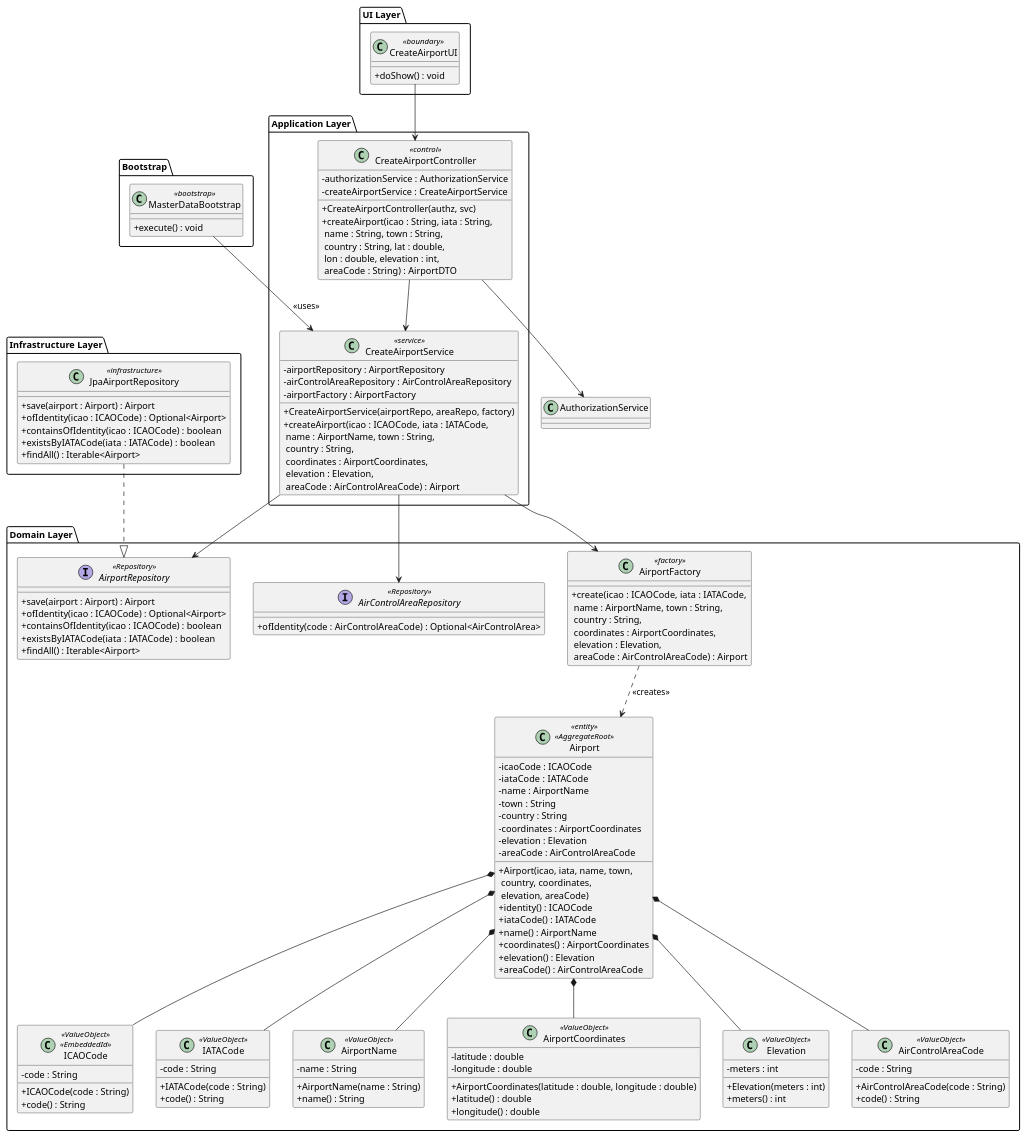
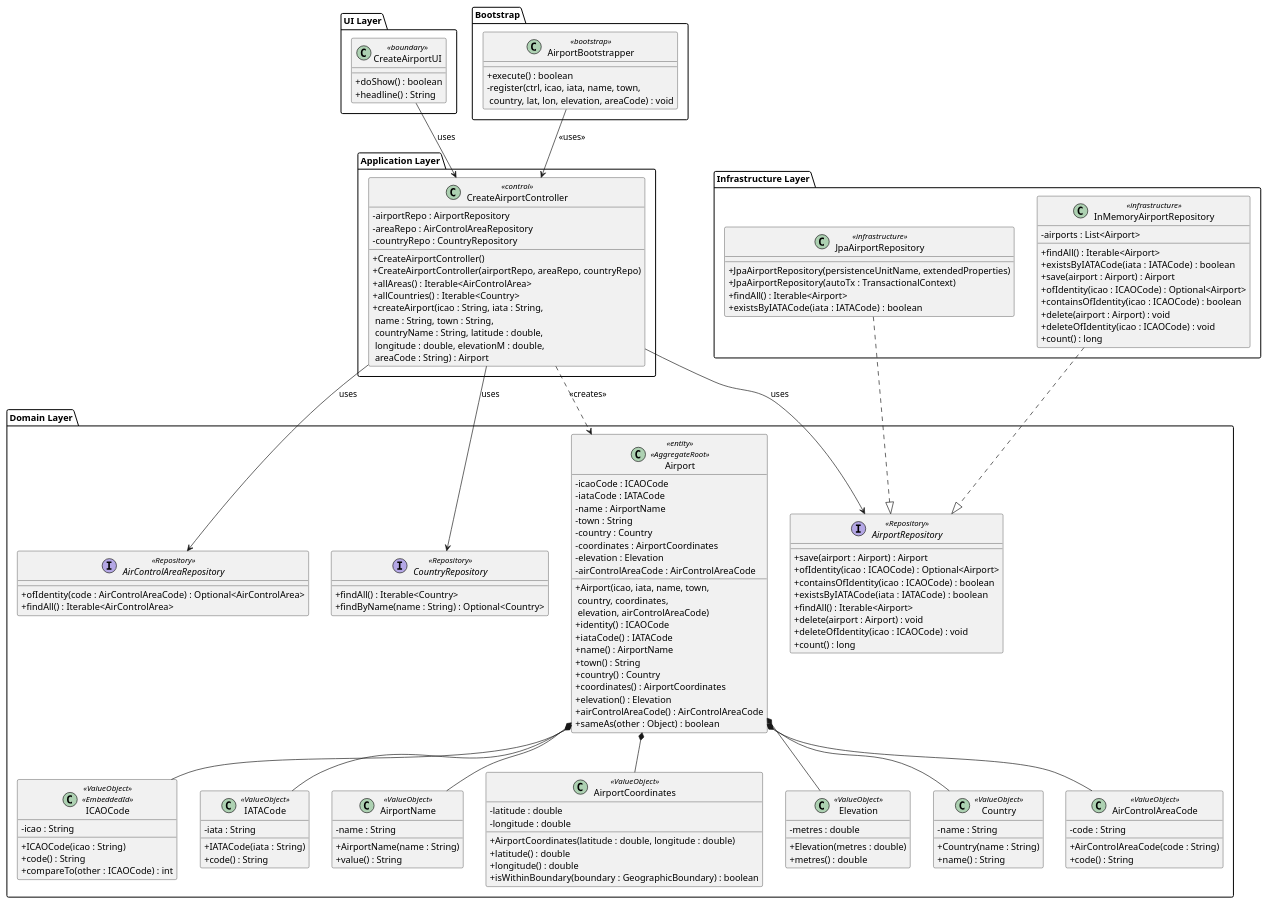
One commit to DuartePinto1240/sem4pi2526-sem4pi2526_2da2 changed the diagram in docs/Sprint 2/EAPLI/US052/puml/US052-class-diagram.puml. Above: the diagram before and after it, drawn with PlantUML. The commit also changed 27 other files, not shown here.

```diff
--- a/docs/Sprint 2/EAPLI/US052/puml/US052-class-diagram.puml
+++ b/docs/Sprint 2/EAPLI/US052/puml/US052-class-diagram.puml
@@ -1,138 +1,162 @@
 @startuml US052-class-diagram
 skinparam classAttributeIconSize 0
 
 package "UI Layer" {
   class CreateAirportUI <<boundary>> {
-    + doShow() : void
+    + doShow() : boolean
+    + headline() : String
   }
 }
 
 package "Application Layer" {
   class CreateAirportController <<control>> {
-    - authorizationService : AuthorizationService
-    - createAirportService : CreateAirportService
-    + CreateAirportController(authz, svc)
-    + createAirport(icao : String, iata : String,\n name : String, town : String,\n country : String, lat : double,\n lon : double, elevation : int,\n areaCode : String) : AirportDTO
-  }
-
-  class CreateAirportService <<service>> {
-    - airportRepository : AirportRepository
-    - airControlAreaRepository : AirControlAreaRepository
-    - airportFactory : AirportFactory
-    + CreateAirportService(airportRepo, areaRepo, factory)
-    + createAirport(icao : ICAOCode, iata : IATACode,\n name : AirportName, town : String,\n country : String,\n coordinates : AirportCoordinates,\n elevation : Elevation,\n areaCode : AirControlAreaCode) : Airport
+    - airportRepo : AirportRepository
+    - areaRepo : AirControlAreaRepository
+    - countryRepo : CountryRepository
+    + CreateAirportController()
+    + CreateAirportController(airportRepo, areaRepo, countryRepo)
+    + allAreas() : Iterable<AirControlArea>
+    + allCountries() : Iterable<Country>
+    + createAirport(icao : String, iata : String,\n name : String, town : String,\n countryName : String, latitude : double,\n longitude : double, elevationM : double,\n areaCode : String) : Airport
   }
 }
 
 package "Domain Layer" {
   class Airport <<entity>> <<AggregateRoot>> {
     - icaoCode : ICAOCode
     - iataCode : IATACode
     - name : AirportName
     - town : String
-    - country : String
+    - country : Country
     - coordinates : AirportCoordinates
     - elevation : Elevation
-    - areaCode : AirControlAreaCode
-    + Airport(icao, iata, name, town,\n country, coordinates,\n elevation, areaCode)
+    - airControlAreaCode : AirControlAreaCode
+    + Airport(icao, iata, name, town,\n country, coordinates,\n elevation, airControlAreaCode)
     + identity() : ICAOCode
     + iataCode() : IATACode
     + name() : AirportName
+    + town() : String
+    + country() : Country
     + coordinates() : AirportCoordinates
     + elevation() : Elevation
-    + areaCode() : AirControlAreaCode
-  }
-
-  class AirportFactory <<factory>> {
-    + create(icao : ICAOCode, iata : IATACode,\n name : AirportName, town : String,\n country : String,\n coordinates : AirportCoordinates,\n elevation : Elevation,\n areaCode : AirControlAreaCode) : Airport
+    + airControlAreaCode() : AirControlAreaCode
+    + sameAs(other : Object) : boolean
   }
 
   class ICAOCode <<ValueObject>> <<EmbeddedId>> {
-    - code : String
-    + ICAOCode(code : String)
+    - icao : String
+    + ICAOCode(icao : String)
     + code() : String
+    + compareTo(other : ICAOCode) : int
   }
 
   class IATACode <<ValueObject>> {
-    - code : String
-    + IATACode(code : String)
+    - iata : String
+    + IATACode(iata : String)
     + code() : String
   }
 
   class AirportName <<ValueObject>> {
     - name : String
     + AirportName(name : String)
-    + name() : String
+    + value() : String
   }
 
   class AirportCoordinates <<ValueObject>> {
     - latitude : double
     - longitude : double
     + AirportCoordinates(latitude : double, longitude : double)
     + latitude() : double
     + longitude() : double
+    + isWithinBoundary(boundary : GeographicBoundary) : boolean
   }
 
   class Elevation <<ValueObject>> {
-    - meters : int
-    + Elevation(meters : int)
-    + meters() : int
+    - metres : double
+    + Elevation(metres : double)
+    + metres() : double
+  }
+
+  class Country <<ValueObject>> {
+    - name : String
+    + Country(name : String)
+    + name() : String
   }
 
   class AirControlAreaCode <<ValueObject>> {
     - code : String
     + AirControlAreaCode(code : String)
     + code() : String
   }
 
   interface AirportRepository <<Repository>> {
     + save(airport : Airport) : Airport
     + ofIdentity(icao : ICAOCode) : Optional<Airport>
     + containsOfIdentity(icao : ICAOCode) : boolean
     + existsByIATACode(iata : IATACode) : boolean
     + findAll() : Iterable<Airport>
+    + delete(airport : Airport) : void
+    + deleteOfIdentity(icao : ICAOCode) : void
+    + count() : long
   }
 
   interface AirControlAreaRepository <<Repository>> {
     + ofIdentity(code : AirControlAreaCode) : Optional<AirControlArea>
+    + findAll() : Iterable<AirControlArea>
+  }
+
+  interface CountryRepository <<Repository>> {
+    + findAll() : Iterable<Country>
+    + findByName(name : String) : Optional<Country>
   }
 }
 
 package "Infrastructure Layer" {
   class JpaAirportRepository <<infrastructure>> {
+    + JpaAirportRepository(persistenceUnitName, extendedProperties)
+    + JpaAirportRepository(autoTx : TransactionalContext)
+    + findAll() : Iterable<Airport>
+    + existsByIATACode(iata : IATACode) : boolean
+  }
+
+  class InMemoryAirportRepository <<infrastructure>> {
+    - airports : List<Airport>
+    + findAll() : Iterable<Airport>
+    + existsByIATACode(iata : IATACode) : boolean
     + save(airport : Airport) : Airport
     + ofIdentity(icao : ICAOCode) : Optional<Airport>
     + containsOfIdentity(icao : ICAOCode) : boolean
-    + existsByIATACode(iata : IATACode) : boolean
-    + findAll() : Iterable<Airport>
+    + delete(airport : Airport) : void
+    + deleteOfIdentity(icao : ICAOCode) : void
+    + count() : long
   }
 }
 
 package "Bootstrap" {
-  class MasterDataBootstrap <<bootstrap>> {
-    + execute() : void
+  class AirportBootstrapper <<bootstrap>> {
+    + execute() : boolean
+    - register(ctrl, icao, iata, name, town,\n country, lat, lon, elevation, areaCode) : void
   }
 }
 
-CreateAirportUI --> CreateAirportController
-CreateAirportController --> CreateAirportService
-CreateAirportController --> AuthorizationService
+CreateAirportUI --> CreateAirportController : uses
 
-CreateAirportService --> AirportFactory
-CreateAirportService --> AirportRepository
-CreateAirportService --> AirControlAreaRepository
-
-AirportFactory ..> Airport : <<creates>>
+CreateAirportController --> AirportRepository : uses
+CreateAirportController --> AirControlAreaRepository : uses
+CreateAirportController --> CountryRepository : uses
+CreateAirportController ..> Airport : <<creates>>
 
 Airport *-- ICAOCode
 Airport *-- IATACode
 Airport *-- AirportName
+Airport *-- Country
 Airport *-- AirportCoordinates
 Airport *-- Elevation
 Airport *-- AirControlAreaCode
 
 JpaAirportRepository ..|> AirportRepository
+InMemoryAirportRepository ..|> AirportRepository
 
-MasterDataBootstrap --> CreateAirportService : <<uses>>
+AirportBootstrapper --> CreateAirportController : <<uses>>
 
 @enduml
```
